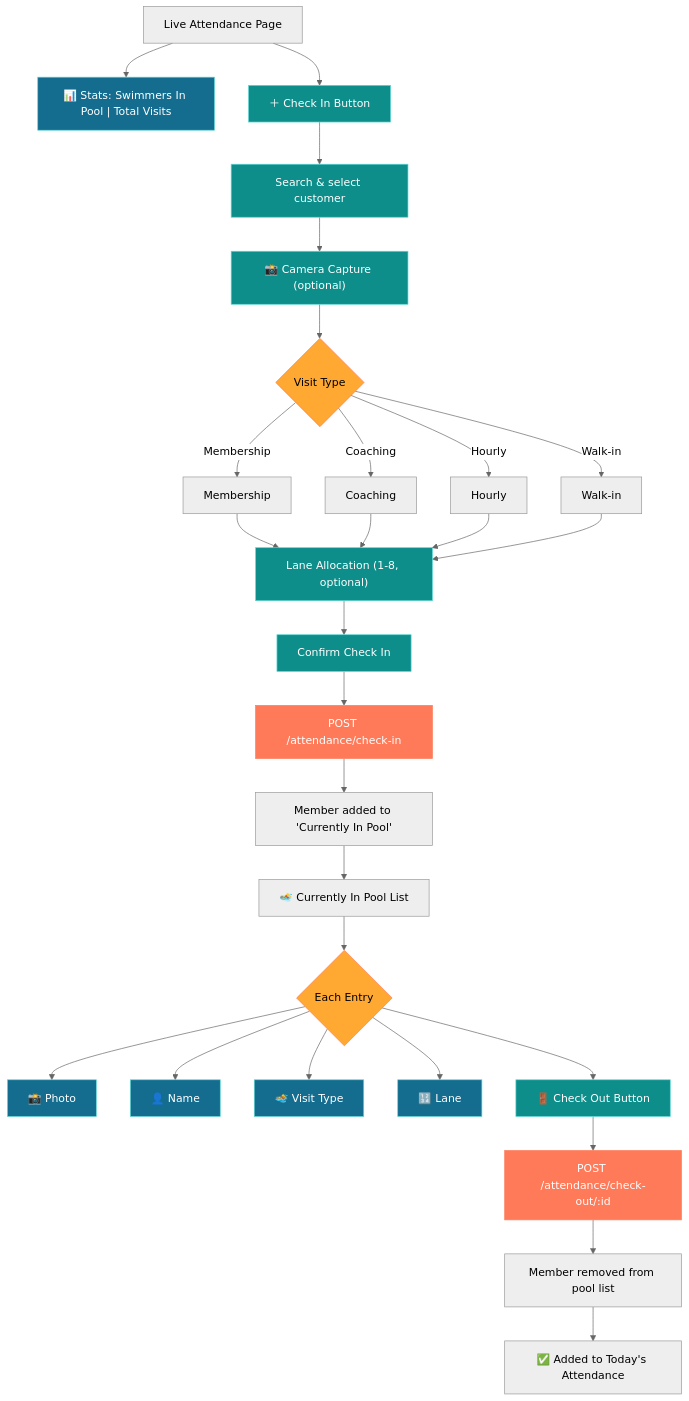
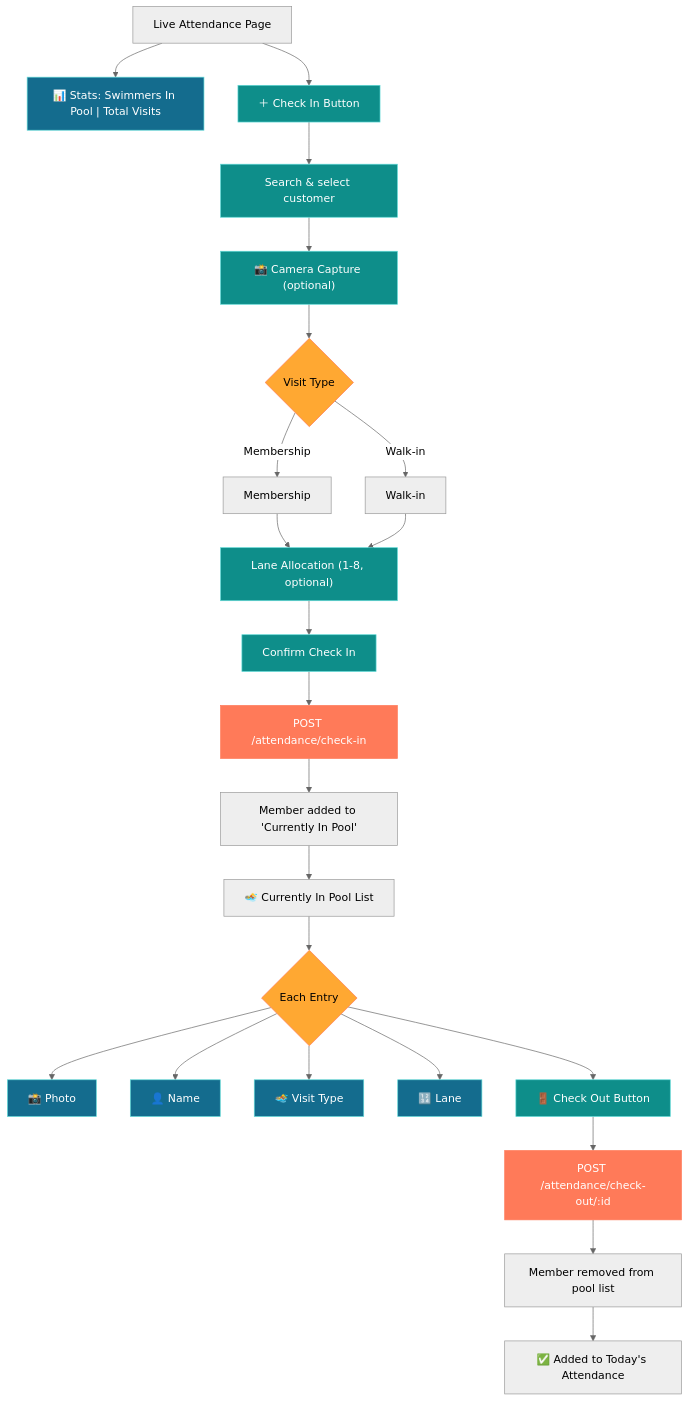
One commit to Santosh226196/blue-paradise-webapp changed the fifth of 9 diagrams in PROJECT_FLOW.md. Above: the diagram before and after it, drawn with Mermaid (neutral theme). The commit also changed other lines of this file and 35 other files, not shown here.

````diff
--- a/PROJECT_FLOW.md
+++ b/PROJECT_FLOW.md
@@ -494,43 +486,39 @@
 ```mermaid
 flowchart TD
     Start["Live Attendance Page"] --> Stats["📊 Stats: Swimmers In Pool | Total Visits"]
     Start --> CheckInBtn["＋ Check In Button"]
 
     CheckInBtn --> SearchC["Search & select customer"]
     SearchC --> Camera["📸 Camera Capture (optional)"]
     Camera --> VisitType{"Visit Type"}
     VisitType -->|Membership| VT1["Membership"]
-    VisitType -->|Coaching| VT2["Coaching"]
-    VisitType -->|Hourly| VT3["Hourly"]
     VisitType -->|Walk-in| VT4["Walk-in"]
 
     VT1 --> Lane["Lane Allocation (1-8, optional)"]
-    VT2 --> Lane
-    VT3 --> Lane
     VT4 --> Lane
 
     Lane --> ConfirmCheckin["Confirm Check In"]
     ConfirmCheckin --> API1["POST /attendance/check-in"]
     API1 --> Success1["Member added to 'Currently In Pool'"]
 
     Success1 --> InPool["🏊 Currently In Pool List"]
     InPool --> EachEntry{"Each Entry"}
     EachEntry --> Info1["📸 Photo"]
     EachEntry --> Info2["👤 Name"]
     EachEntry --> Info3["🏊 Visit Type"]
     EachEntry --> Info4["🔢 Lane"]
     EachEntry --> CheckOutBtn["🚪 Check Out Button"]
 
     CheckOutBtn --> API2["POST /attendance/check-out/:id"]
     API2 --> Success2["Member removed from pool list"]
     Success2 --> History["✅ Added to Today's Attendance"]
 
     classDef stat fill:#146C8E,stroke:#5FD9D6,color:#fff
     classDef action fill:#0E8E8A,stroke:#5FD9D6,color:#fff
     classDef decision fill:#FFA832,stroke:#FF7A59,color:#000
     classDef api fill:#FF7A59,stroke:#FF7A59,color:#fff
     class Stats,Info1,Info2,Info3,Info4 stat
     class CheckInBtn,SearchC,Camera,Lane,ConfirmCheckin,CheckOutBtn action
     class VisitType,EachEntry decision
     class API1,API2 api
 ```
````
